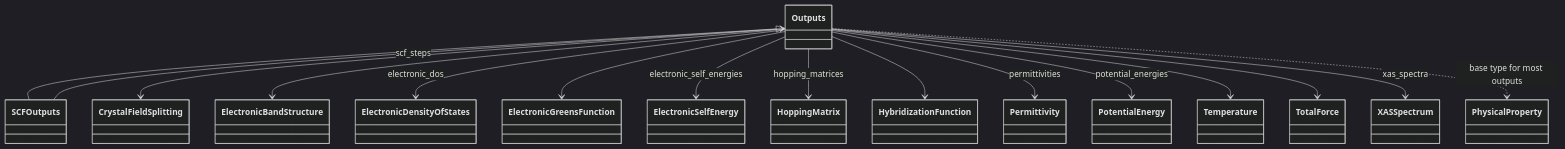
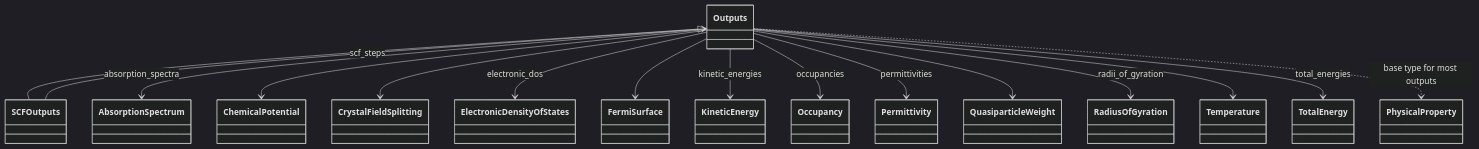
The first of 2 diagrams in docs/schema/outputs.diagram.md (FAIRmat-NFDI/nomad-simulations), drawn with Mermaid (dark theme) before and after one commit. The commit also changed 20 other files, not shown here.

````diff
--- a/docs/schema/outputs.diagram.md
+++ b/docs/schema/outputs.diagram.md
@@ -16,48 +16,48 @@
 ```mermaid
 classDiagram
+    class AbsorptionSpectrum {
+    }
+    class ChemicalPotential {
+    }
     class CrystalFieldSplitting {
-    }
-    class ElectronicBandStructure {
     }
     class ElectronicDensityOfStates {
     }
-    class ElectronicGreensFunction {
+    class FermiSurface {
     }
-    class ElectronicSelfEnergy {
+    class KineticEnergy {
     }
-    class HoppingMatrix {
-    }
-    class HybridizationFunction {
+    class Occupancy {
     }
     class Outputs {
     }
     class Permittivity {
     }
     class PhysicalProperty {
     }
-    class PotentialEnergy {
+    class QuasiparticleWeight {
+    }
+    class RadiusOfGyration {
     }
     class SCFOutputs {
     }
     class Temperature {
     }
-    class TotalForce {
-    }
-    class XASSpectrum {
+    class TotalEnergy {
     }
     Outputs <|-- SCFOutputs
+    Outputs --> AbsorptionSpectrum : absorption_spectra
+    Outputs --> ChemicalPotential
     Outputs --> CrystalFieldSplitting
-    Outputs --> ElectronicBandStructure
     Outputs --> ElectronicDensityOfStates : electronic_dos
-    Outputs --> ElectronicGreensFunction
-    Outputs --> ElectronicSelfEnergy : electronic_self_energies
-    Outputs --> HoppingMatrix : hopping_matrices
-    Outputs --> HybridizationFunction
+    Outputs --> FermiSurface
+    Outputs --> KineticEnergy : kinetic_energies
+    Outputs --> Occupancy : occupancies
     Outputs --> Permittivity : permittivities
-    Outputs --> PotentialEnergy : potential_energies
+    Outputs --> QuasiparticleWeight
+    Outputs --> RadiusOfGyration : radii_of_gyration
     Outputs --> Temperature
-    Outputs --> TotalForce
-    Outputs --> XASSpectrum : xas_spectra
+    Outputs --> TotalEnergy : total_energies
     SCFOutputs --> Outputs : scf_steps
     Outputs ..> PhysicalProperty : base type for most outputs
 ```
````
